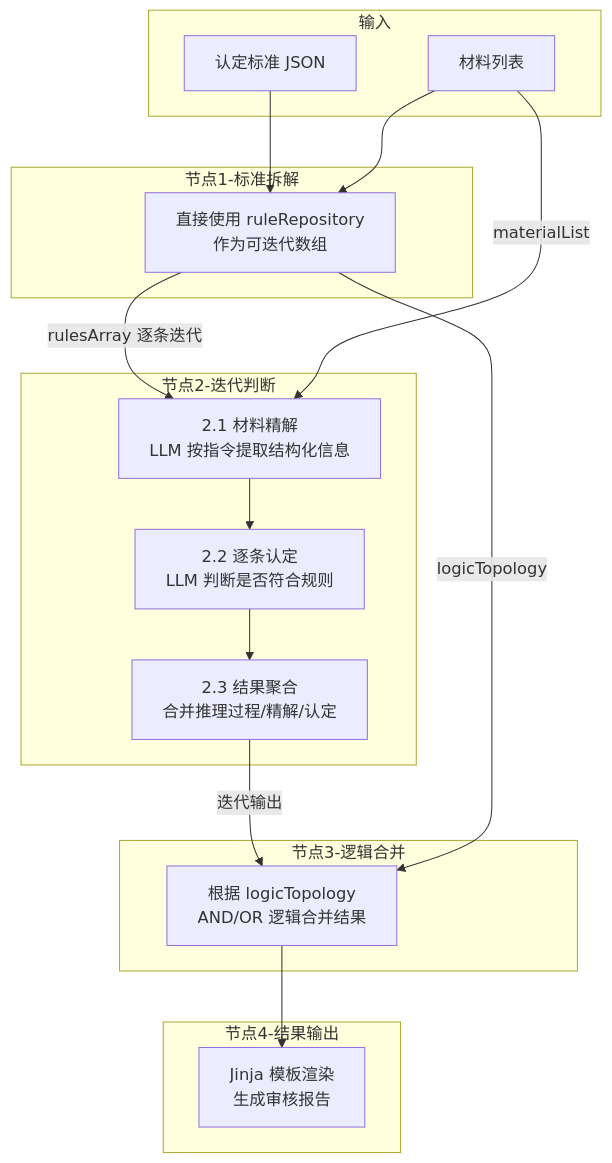
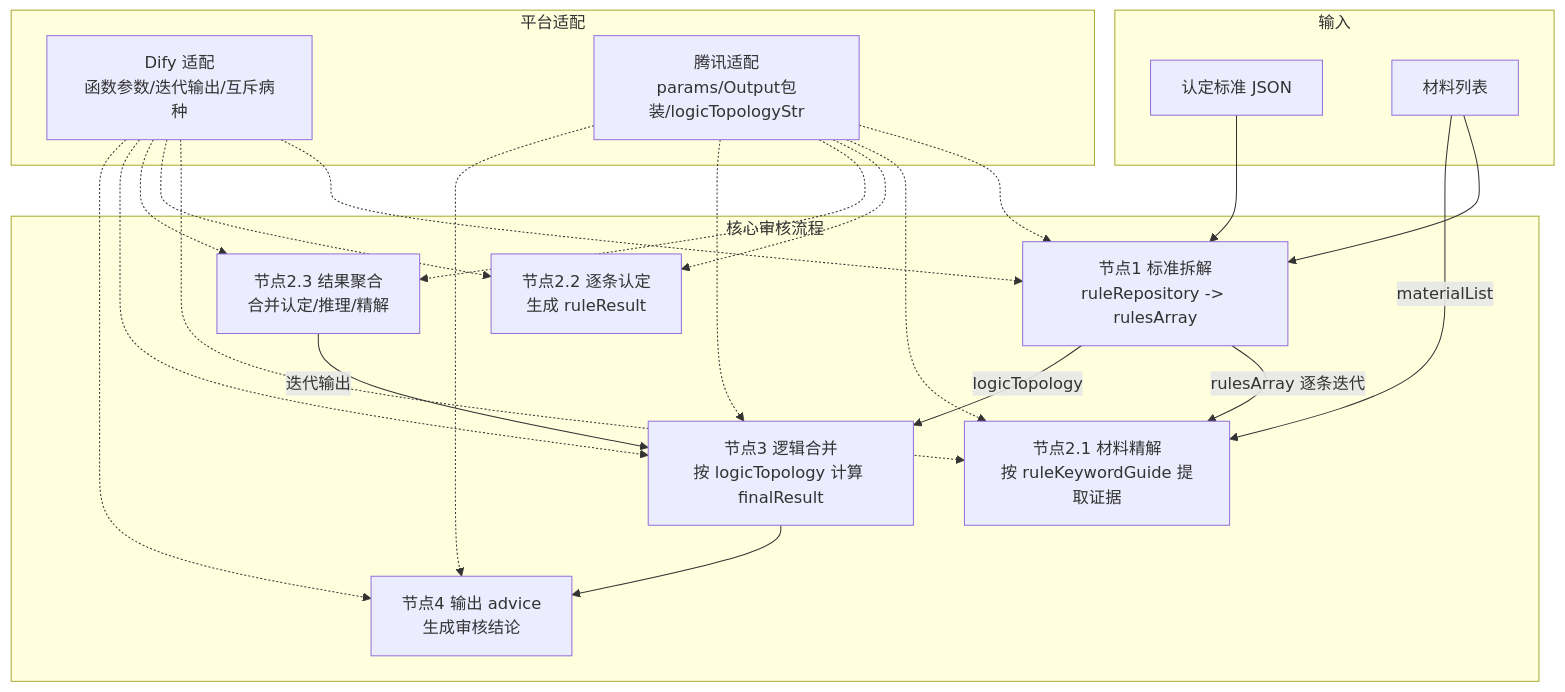
The second of 2 diagrams in 智能审核流程ai_recognize_workflow/README.md (tristankeyima-beep/AIRS), drawn with Mermaid before and after one commit. The commit also changed other lines of this file, not shown here.

````diff
--- a/智能审核流程ai_recognize_workflow/README.md
+++ b/智能审核流程ai_recognize_workflow/README.md
@@ -436,34 +457,41 @@
 ```mermaid
 flowchart TD
     subgraph 输入
         A1[认定标准 JSON]
         A2[材料列表]
     end
 
-    subgraph 节点1-标准拆解
-        B[直接使用 ruleRepository<br/>作为可迭代数组]
+    subgraph 核心审核流程
+        B[节点1 标准拆解<br/>ruleRepository -> rulesArray]
+        C1[节点2.1 材料精解<br/>按 ruleKeywordGuide 提取证据]
+        C2[节点2.2 逐条认定<br/>生成 ruleResult]
+        C3[节点2.3 结果聚合<br/>合并认定/推理/精解]
+        D[节点3 逻辑合并<br/>按 logicTopology 计算 finalResult]
+        E[节点4 输出 advice<br/>生成审核结论]
     end
 
-    subgraph 节点2-迭代判断
-        C1[2.1 材料精解<br/>LLM 按指令提取结构化信息]
-        C2[2.2 逐条认定<br/>LLM 判断是否符合规则]
-        C3[2.3 结果聚合<br/>合并推理过程/精解/认定]
-        C1 --> C2 --> C3
-    end
-
-    subgraph 节点3-逻辑合并
-        D[根据 logicTopology<br/>AND/OR 逻辑合并结果]
-    end
-
-    subgraph 节点4-结果输出
-        E[Jinja 模板渲染<br/>生成审核报告]
+    subgraph 平台适配
+        P1[Dify 适配<br/>函数参数/迭代输出/互斥病种]
+        P2[腾讯适配<br/>params/Output包装/logicTopologyStr]
     end
 
     A1 --> B
     A2 --> B
     B --> |rulesArray 逐条迭代| C1
     A2 --> |materialList| C1
     C3 --> |迭代输出| D
     B --> |logicTopology| D
     D --> E
+    P1 -.-> B
+    P1 -.-> C1
+    P1 -.-> C2
+    P1 -.-> C3
+    P1 -.-> D
+    P1 -.-> E
+    P2 -.-> B
+    P2 -.-> C1
+    P2 -.-> C2
+    P2 -.-> C3
+    P2 -.-> D
+    P2 -.-> E
 ```
````
